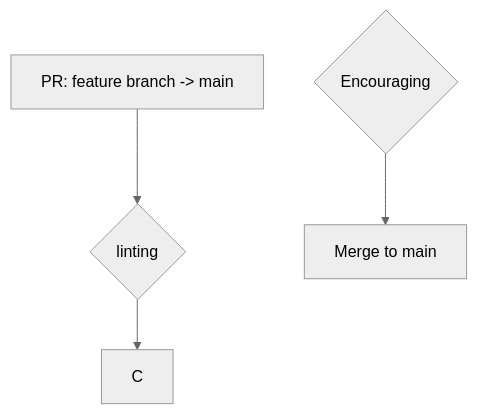
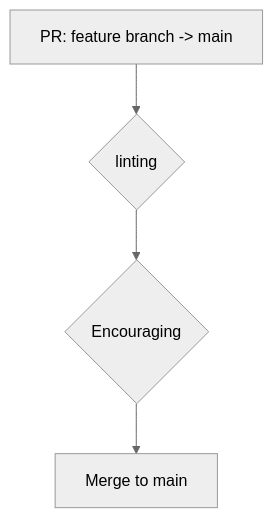
Before and after one commit to hjohnss6/learning-github: the diagram in README.md, drawn with Mermaid (neutral theme). The commit also changed other lines of this file, not shown here.

Commit message:
Fix/readme (#4)
* fixed graph

````diff
--- a/README.md
+++ b/README.md
@@ -11,6 +13,6 @@
 ```mermaid
   graph TD;
       A[PR: feature branch -> main]-->B;
       B{linting}-->C;
-      D{Encouraging}-->E[Merge to main];
+      C{Encouraging}-->D[Merge to main];
 ```
````
